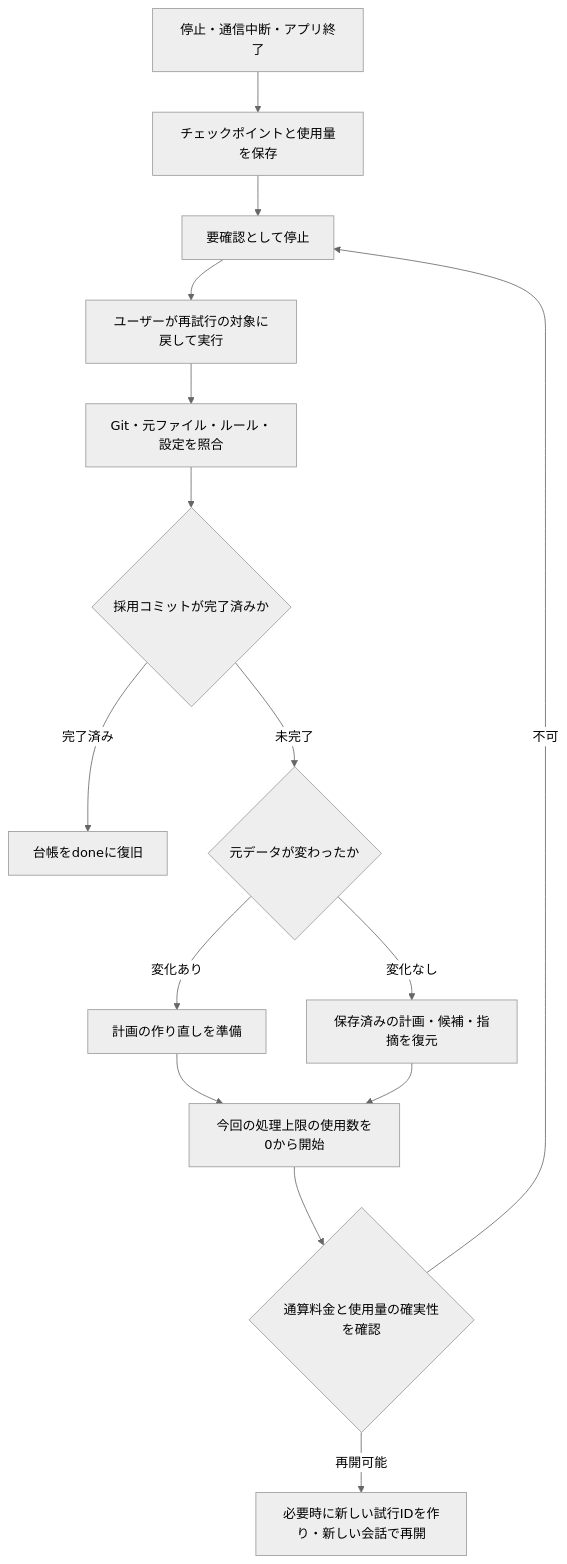
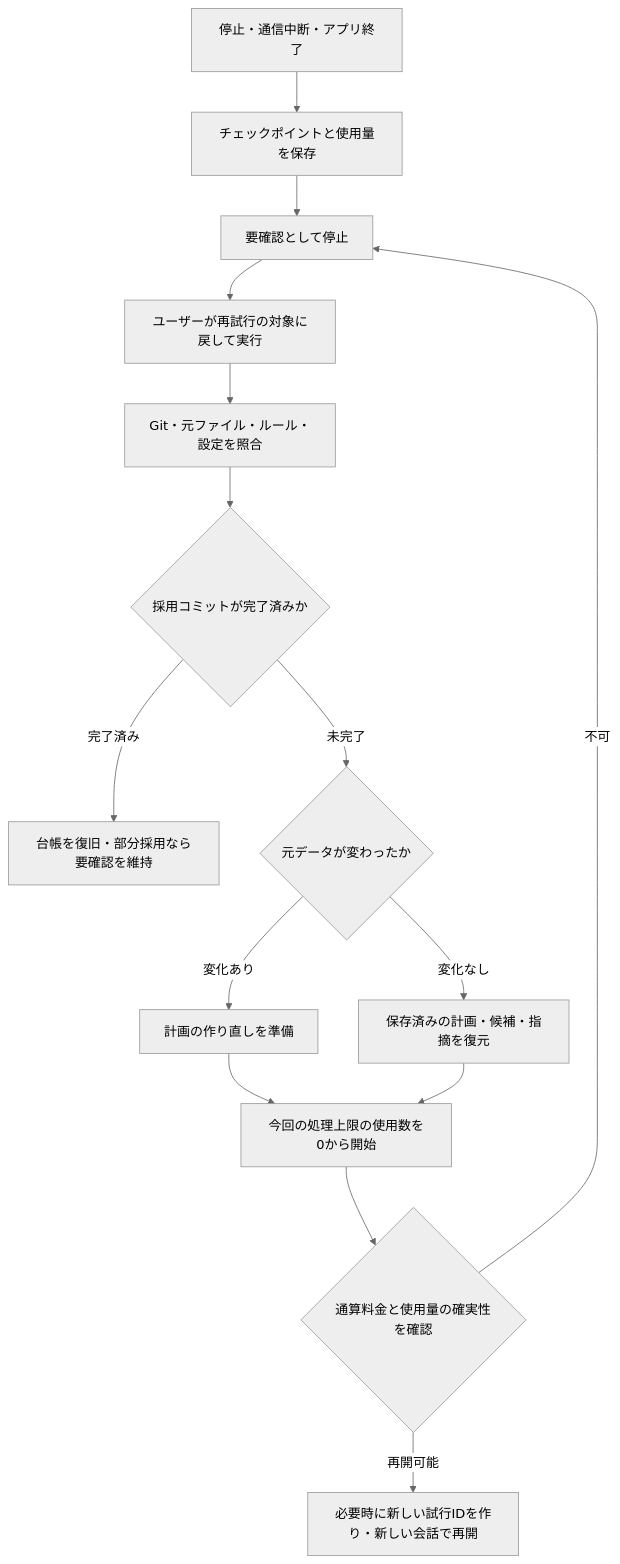
One commit to sunu-py-jp/OneByOne changed the third of 3 diagrams in docs/ai-harness.md. Above: the diagram before and after it, drawn with Mermaid (neutral theme). The commit also changed other lines of this file and 192 other files, not shown here.

````diff
--- a/docs/ai-harness.md
+++ b/docs/ai-harness.md
@@ -75,17 +89,17 @@
 ```mermaid
 flowchart TD
     Stop["停止・通信中断・アプリ終了"] --> State["チェックポイントと使用量を保存"]
     State --> Hold["要確認として停止"]
     Hold --> Retry["ユーザーが再試行の対象に戻して実行"]
     Retry --> Reconcile["Git・元ファイル・ルール・設定を照合"]
     Reconcile --> Committed{"採用コミットが完了済みか"}
-    Committed -->|"完了済み"| Done["台帳をdoneに復旧"]
+    Committed -->|"完了済み"| Done["台帳を復旧・部分採用なら要確認を維持"]
     Committed -->|"未完了"| Changed{"元データが変わったか"}
     Changed -->|"変化あり"| Clear["計画の作り直しを準備"]
     Changed -->|"変化なし"| Restore["保存済みの計画・候補・指摘を復元"]
     Clear --> Reset["今回の処理上限の使用数を0から開始"]
     Restore --> Reset
     Reset --> Budget{"通算料金と使用量の確実性を確認"}
     Budget -->|"再開可能"| New["必要時に新しい試行IDを作り・新しい会話で再開"]
     Budget -->|"不可"| Hold
 ```
````
